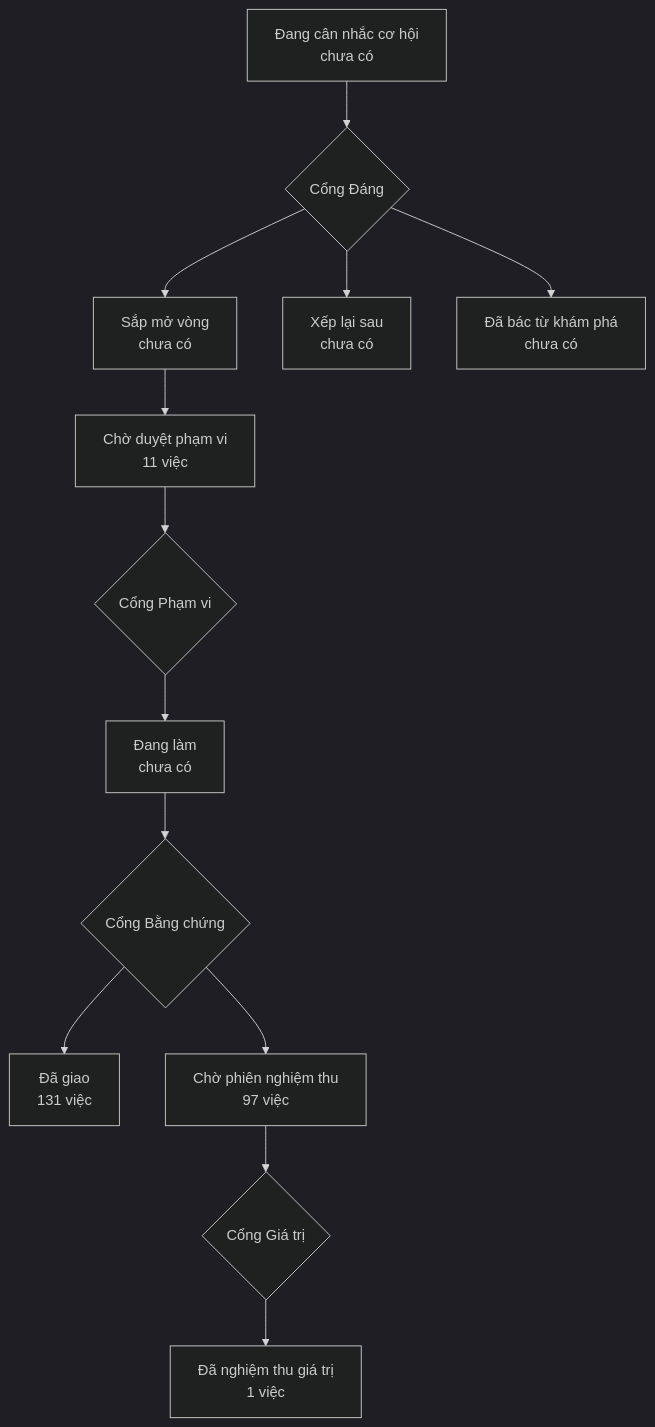
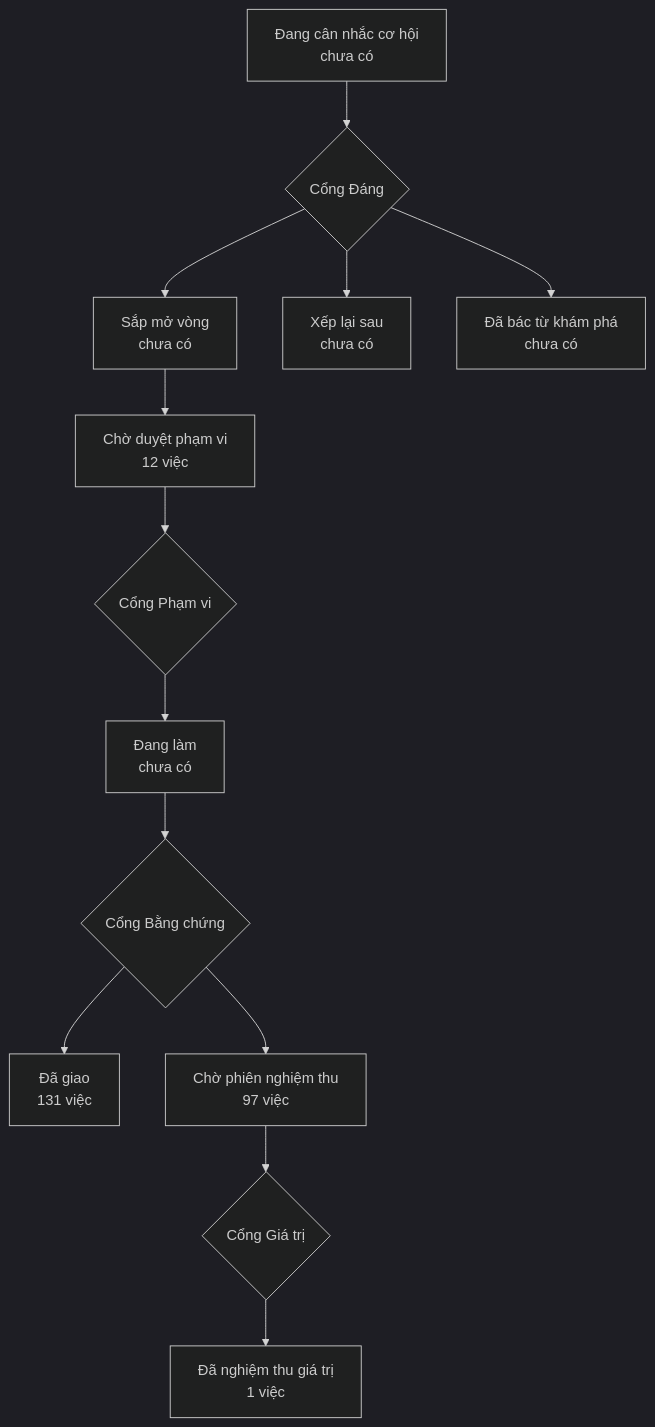
Before and after one commit to phanlemanh/onehub-invest: the diagram in PRODUCT-MAP.md, drawn with Mermaid (dark theme). The commit also changed other lines of this file and 15 other files, not shown here.

First line of the commit message:
docs(acceptance): S1 trang-chi-tiet-tin — thiết kế, hợp đồng, evals, gap-probe, chờ Cổng Phạm vi

````diff
--- a/PRODUCT-MAP.md
+++ b/PRODUCT-MAP.md
@@ -7,12 +7,12 @@
 ```mermaid
 flowchart TD
   A["Đang cân nhắc cơ hội<br/>chưa có"] --> GD{"Cổng Đáng"}
   GD --> B["Sắp mở vòng<br/>chưa có"]
   GD --> XL["Xếp lại sau<br/>chưa có"]
   GD --> DB["Đã bác từ khám phá<br/>chưa có"]
-  B --> CD["Chờ duyệt phạm vi<br/>11 việc"] --> GP{"Cổng Phạm vi"}
+  B --> CD["Chờ duyệt phạm vi<br/>12 việc"] --> GP{"Cổng Phạm vi"}
   GP --> DL["Đang làm<br/>chưa có"] --> GB{"Cổng Bằng chứng"}
   GB --> DG["Đã giao<br/>131 việc"]
   GB --> CN["Chờ phiên nghiệm thu<br/>97 việc"] --> GG{"Cổng Giá trị"}
   GG --> NT["Đã nghiệm thu giá trị<br/>1 việc"]
 ```
````
